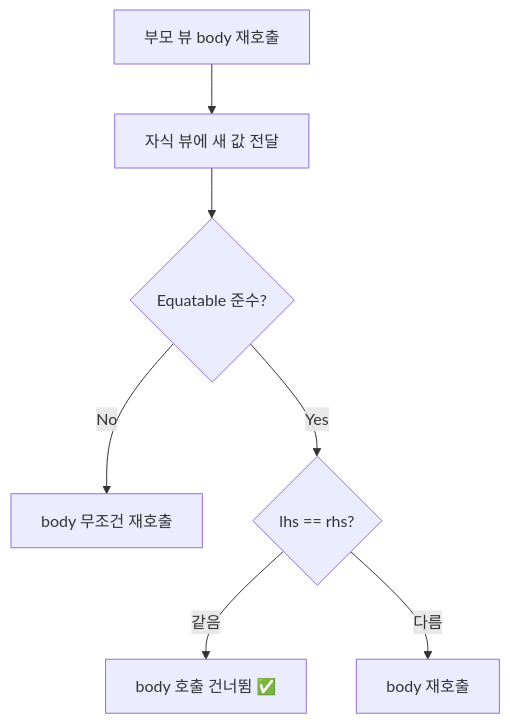
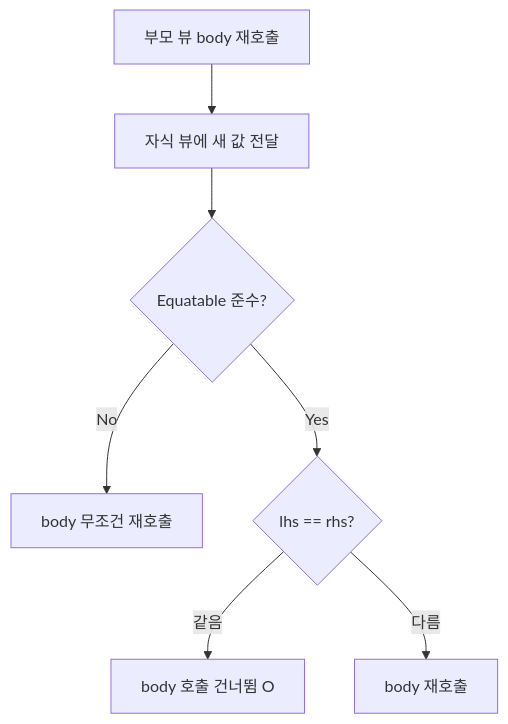
The fourth of 4 diagrams in 13-performance/02-swiftui-optimization.md (jsonpassion/forge-tutorial-swift), drawn with Mermaid before and after one commit. The commit also changed other lines of this file and 69 other files, not shown here.

````diff
--- a/13-performance/02-swiftui-optimization.md
+++ b/13-performance/02-swiftui-optimization.md
@@ -231,9 +231,9 @@
 ```mermaid
 flowchart TD
     A["부모 뷰 body 재호출"] --> B["자식 뷰에 새 값 전달"]
     B --> C{"Equatable 준수?"}
     C -->|No| D["body 무조건 재호출"]
     C -->|Yes| E{"lhs == rhs?"}
-    E -->|같음| F["body 호출 건너뜀 ✅"]
+    E -->|같음| F["body 호출 건너뜀 O"]
     E -->|다름| G["body 재호출"]
 ```
````
